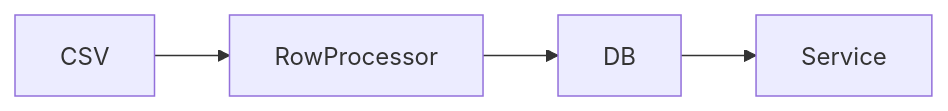
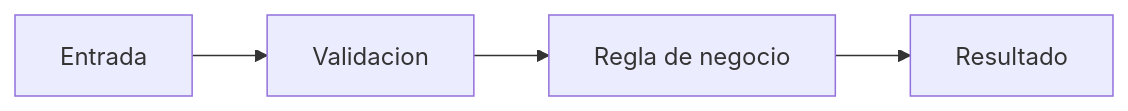
Before and after one commit to xampo848/fhh-ia-ecosystem-workflow-kit: the second of 2 diagrams in .agents/skills/01-product/create-prd/PRD_TEMPLATE.md, drawn with Mermaid. The commit also changed other lines of this file and 63 other files, not shown here.

````diff
--- a/.agents/skills/01-product/create-prd/PRD_TEMPLATE.md
+++ b/.agents/skills/01-product/create-prd/PRD_TEMPLATE.md
@@ -145,6 +142,6 @@
 ```mermaid
 flowchart LR
-  A[CSV] --> B[RowProcessor]
-  B --> C[DB]
-  C --> D[Service]
+  A[Entrada] --> B[Validacion]
+  B --> C[Regla de negocio]
+  C --> D[Resultado]
 ```
````
